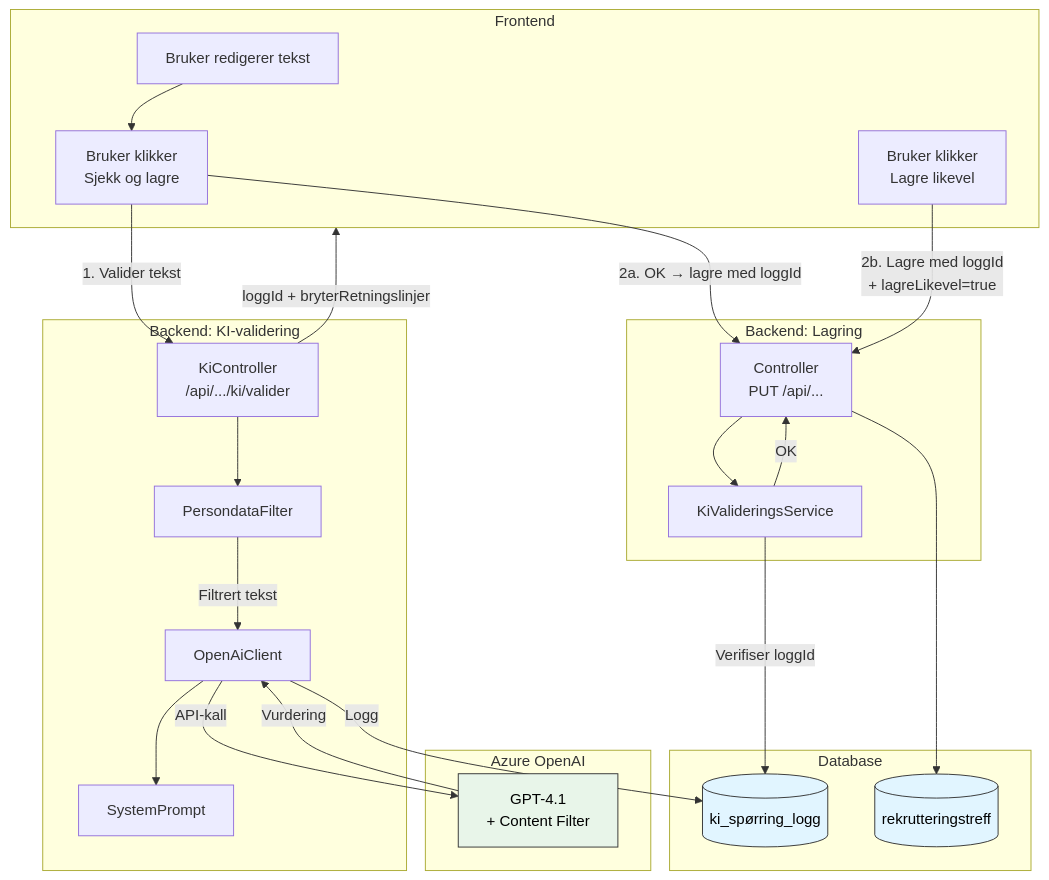
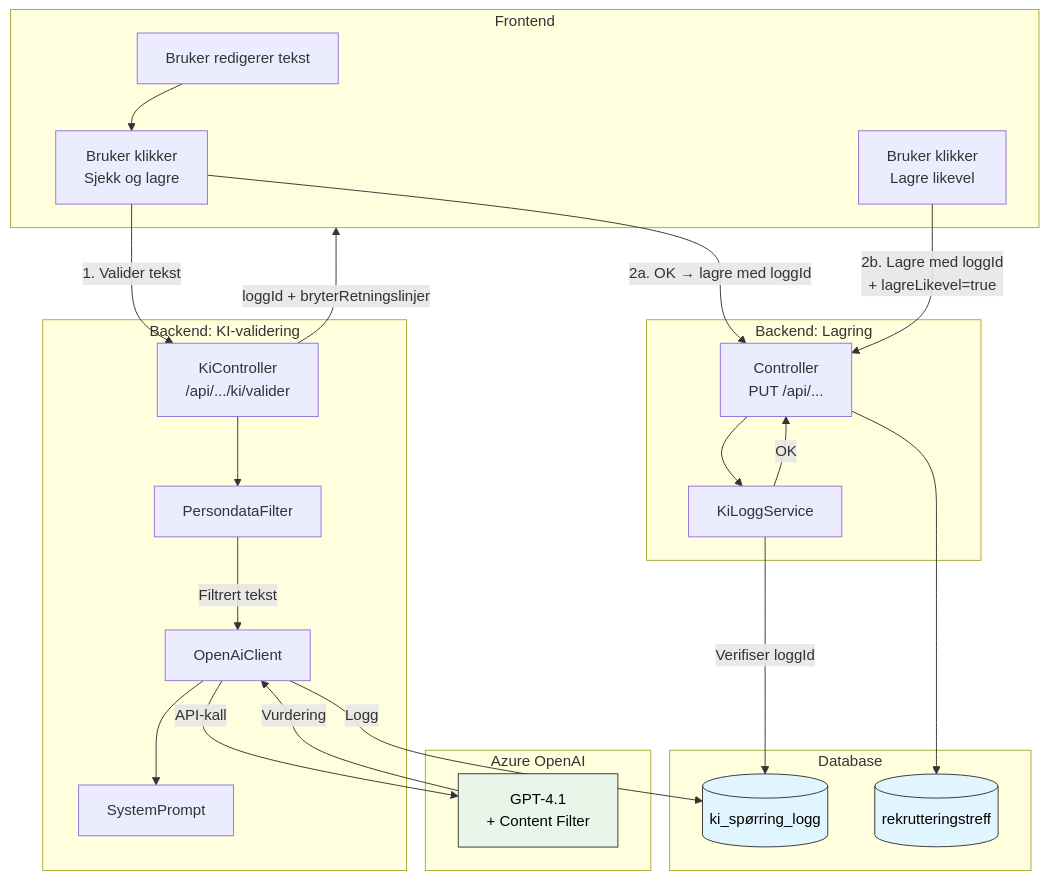
Before and after one commit to navikt/rekrutteringstreff-backend: the first of 5 diagrams in docs/5-ki/ki-tekstvalidering.md, drawn with Mermaid. The commit also changed other lines of this file and 10 other files, not shown here.

````diff
--- a/docs/5-ki/ki-tekstvalidering.md
+++ b/docs/5-ki/ki-tekstvalidering.md
@@ -18,57 +18,57 @@
 ```mermaid
 flowchart TD
     subgraph Frontend
         EDIT[Bruker redigerer tekst]
         SJEKK_BTN["Bruker klikker<br/>Sjekk og lagre"]
         LIKEVEL_BTN["Bruker klikker<br/>Lagre likevel"]
     end
 
     subgraph Backend_KI[Backend: KI-validering]
         KI_CTRL["KiController
         /api/.../ki/valider"]
         PF[PersondataFilter]
         OAC[OpenAiClient]
         SP[SystemPrompt]
     end
 
     subgraph Azure_OpenAI[Azure OpenAI]
         AOAI["GPT-4.1
         + Content Filter"]
     end
 
     subgraph Backend_Lagring[Backend: Lagring]
         LAGRE_CTRL["Controller
         PUT /api/..."]
-        KI_SVC[KiValideringsService]
+        KI_SVC[KiLoggService]
     end
 
     subgraph Database
         LOGG_DB[(ki_spørring_logg)]
         DATA_DB[(rekrutteringstreff)]
     end
 
     %% Valideringsflyten
     EDIT --> SJEKK_BTN
     SJEKK_BTN -->|1. Valider tekst| KI_CTRL
     KI_CTRL --> PF
     PF -->|Filtrert tekst| OAC
     OAC --> SP
     OAC -->|API-kall| AOAI
     AOAI -->|Vurdering| OAC
     OAC -->|Logg| LOGG_DB
     KI_CTRL -->|loggId + bryterRetningslinjer| Frontend
 
     %% Lagringsflyten (OK)
     SJEKK_BTN -->|"2a. OK → lagre med loggId"| LAGRE_CTRL
     LAGRE_CTRL --> KI_SVC
     KI_SVC -->|Verifiser loggId| LOGG_DB
     KI_SVC -->|OK| LAGRE_CTRL
     LAGRE_CTRL --> DATA_DB
 
     %% Lagringsflyten (brudd)
     LIKEVEL_BTN -->|"2b. Lagre med loggId<br/>+ lagreLikevel=true"| LAGRE_CTRL
 
     style AOAI fill:#e8f5e9,color:#000,stroke:#333
     style LOGG_DB fill:#e1f5ff,color:#000,stroke:#333
     style DATA_DB fill:#e1f5ff,color:#000,stroke:#333
 ```
````
